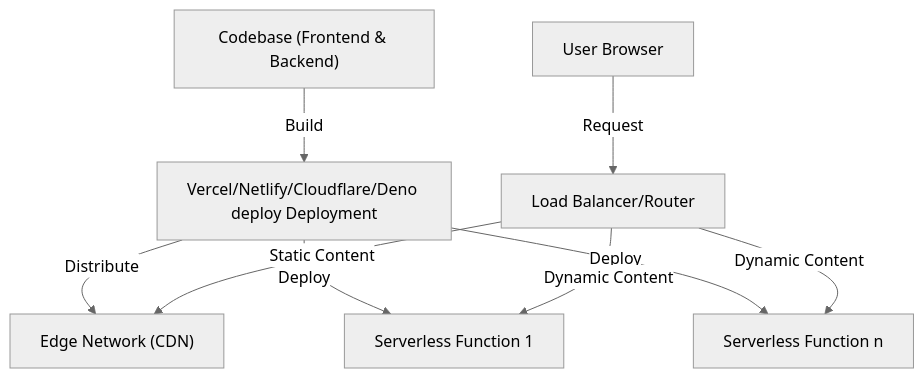
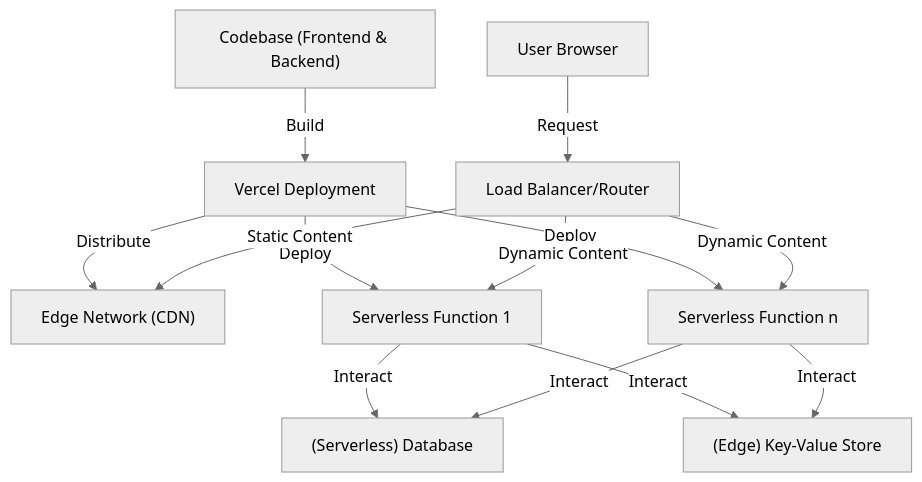
Before and after one commit to daneroo/phac-epi-garden: the diagram in apps/epi-docs/pages/develop/dsco-deep-dive.mdx, drawn with Mermaid (neutral theme). The commit also changed other lines of this file and 1 other file, not shown here.

````diff
--- a/apps/epi-docs/pages/develop/dsco-deep-dive.mdx
+++ b/apps/epi-docs/pages/develop/dsco-deep-dive.mdx
@@ -18,18 +33,24 @@
 ```mermaid
 graph TB
   A["Codebase (Frontend & Backend)"]
-  B["Vercel/Netlify/Cloudflare/Deno deploy Deployment"]
+  B["Vercel Deployment"]
   C["Edge Network (CDN)"]
   D1["Serverless Function 1"]
   Dn["Serverless Function n"]
   E["User Browser"]
   F["Load Balancer/Router"]
+  G["(Serverless) Database"]
+  H["(Edge) Key-Value Store"]
   A -- Build --> B
   B -- Distribute --> C
   B -- Deploy --> D1
   B -- Deploy --> Dn
   E -- Request --> F
   F -- Static Content --> C
   F -- Dynamic Content --> D1
   F -- Dynamic Content --> Dn
+  D1 -- Interact --> G
+  Dn -- Interact --> G
+  D1 -- Interact --> H
+  Dn -- Interact --> H
 ```
````
